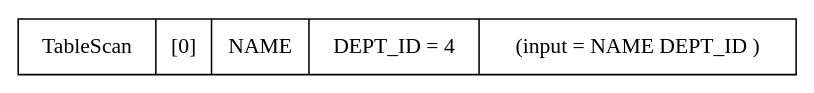
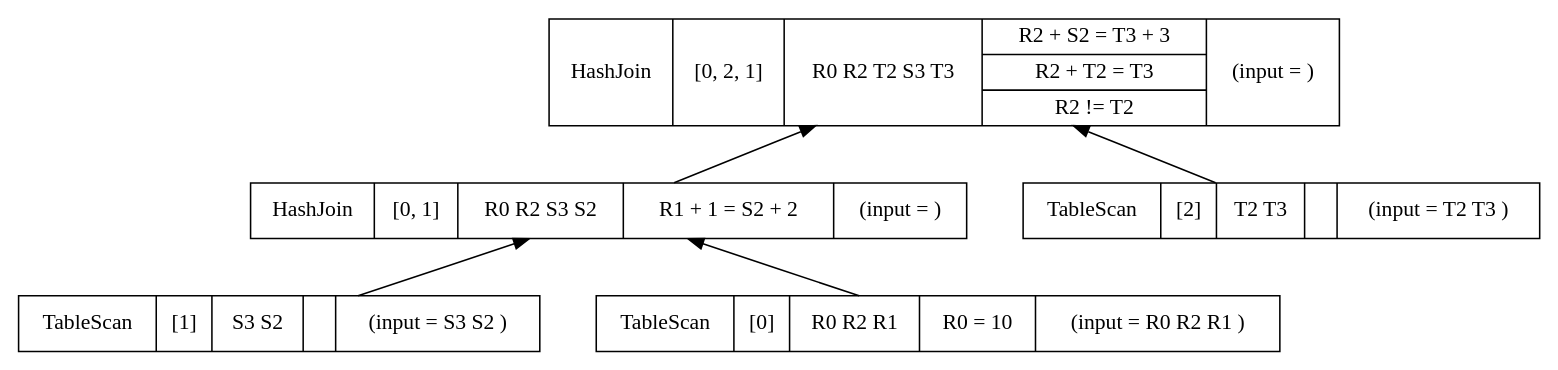
Before and after one commit to adarshpannu/kona: the diagram in plan.dot, drawn with Graphviz. The commit also changed 12 other files, not shown here.

```diff
--- a/plan.dot
+++ b/plan.dot
@@ -1,7 +1,15 @@
 digraph example1 {
     node [shape=record];
     rankdir=BT;
     nodesep=0.5;
     ordering="in";
-    lopkeyLOPKey1v1[label="TableScan|[0]|NAME |{DEPT_ID = 4}|(input = NAME DEPT_ID )"];
+    lopkeyLOPKey4v1 -> lopkeyLOPKey5v1;
+    lopkeyLOPKey2v1 -> lopkeyLOPKey4v1;
+    lopkeyLOPKey2v1[label="TableScan|[1]|S3 S2 |{}|(input = S3 S2 )"];
+    lopkeyLOPKey1v1 -> lopkeyLOPKey4v1;
+    lopkeyLOPKey1v1[label="TableScan|[0]|R0 R2 R1 |{R0 = 10}|(input = R0 R2 R1 )"];
+    lopkeyLOPKey4v1[label="HashJoin|[0, 1]|R0 R2 S3 S2 |{R1 + 1 = S2 + 2}|(input = )"];
+    lopkeyLOPKey3v1 -> lopkeyLOPKey5v1;
+    lopkeyLOPKey3v1[label="TableScan|[2]|T2 T3 |{}|(input = T2 T3 )"];
+    lopkeyLOPKey5v1[label="HashJoin|[0, 2, 1]|R0 R2 T2 S3 T3 |{R2 + S2 = T3 + 3|R2 + T2 = T3|R2 != T2}|(input = )"];
 }
```
